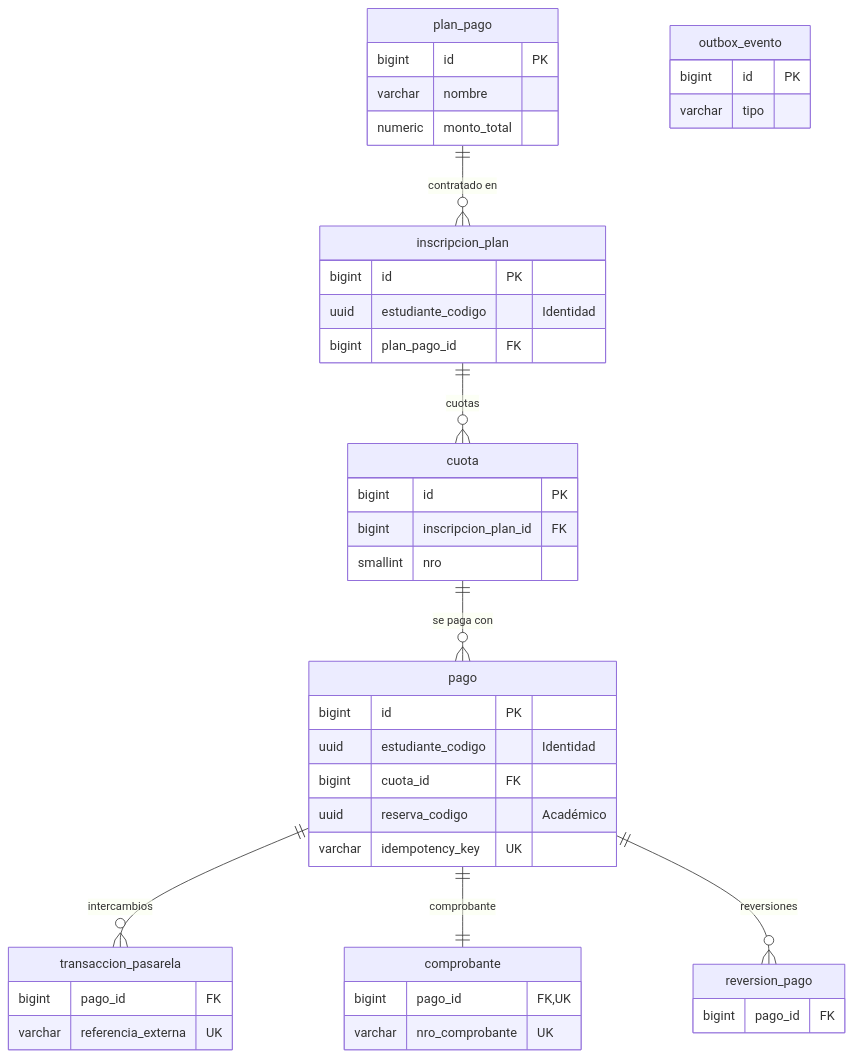
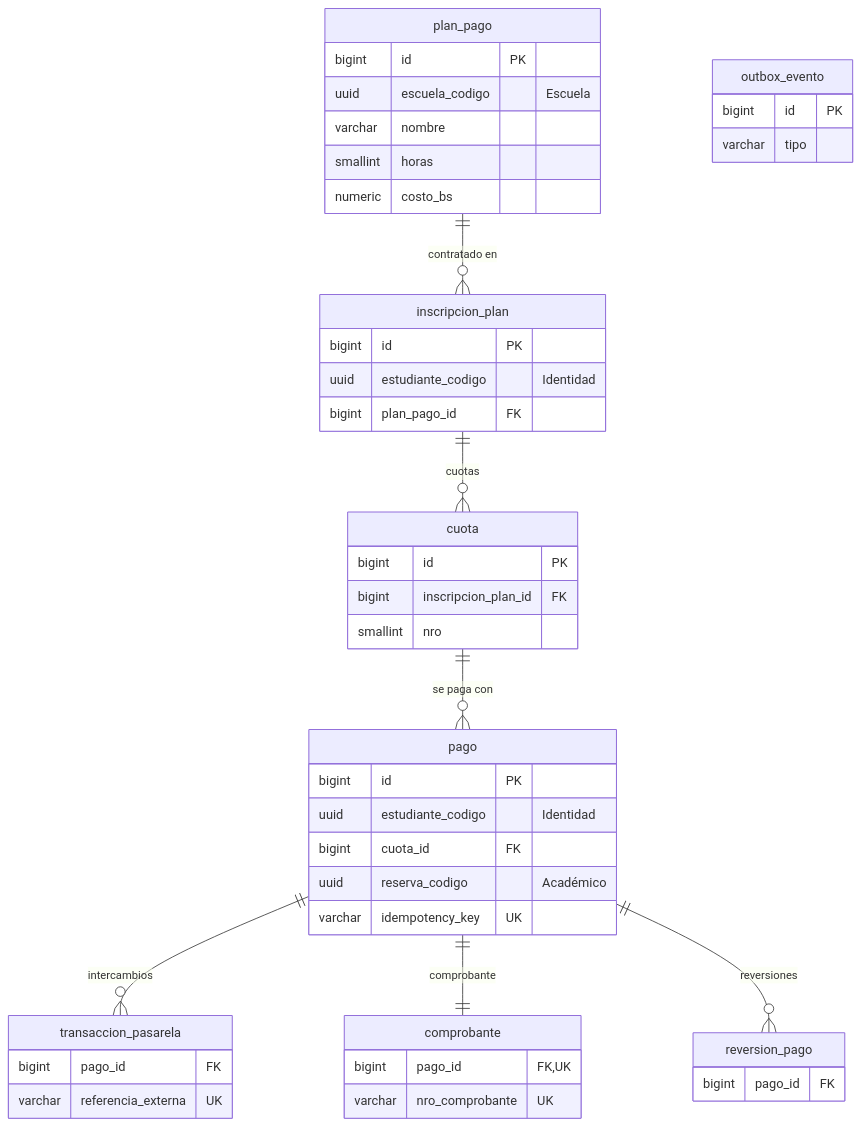
Before and after one commit to Mau8877/DriveHub: the fourth of 5 diagrams in docs/DriveHub/DISENO_BASE_DE_DATOS.md, drawn with Mermaid. The commit also changed other lines of this file and 13 other files, not shown here.

````diff
--- a/docs/DriveHub/DISENO_BASE_DE_DATOS.md
+++ b/docs/DriveHub/DISENO_BASE_DE_DATOS.md
@@ -400,47 +400,49 @@
 ```mermaid
 erDiagram
     plan_pago ||--o{ inscripcion_plan : "contratado en"
     inscripcion_plan ||--o{ cuota : "cuotas"
     cuota ||--o{ pago : "se paga con"
     pago ||--o{ transaccion_pasarela : "intercambios"
     pago ||--|| comprobante : "comprobante"
     pago ||--o{ reversion_pago : "reversiones"
 
     plan_pago {
         bigint id PK
+        uuid escuela_codigo "Escuela"
         varchar nombre
-        numeric monto_total
+        smallint horas
+        numeric costo_bs
     }
     inscripcion_plan {
         bigint id PK
         uuid estudiante_codigo "Identidad"
         bigint plan_pago_id FK
     }
     cuota {
         bigint id PK
         bigint inscripcion_plan_id FK
         smallint nro
     }
     pago {
         bigint id PK
         uuid estudiante_codigo "Identidad"
         bigint cuota_id FK
         uuid reserva_codigo "Académico"
         varchar idempotency_key UK
     }
     transaccion_pasarela {
         bigint pago_id FK
         varchar referencia_externa UK
     }
     comprobante {
         bigint pago_id FK, UK
         varchar nro_comprobante UK
     }
     reversion_pago {
         bigint pago_id FK
     }
     outbox_evento {
         bigint id PK
         varchar tipo
     }
 ```
````
